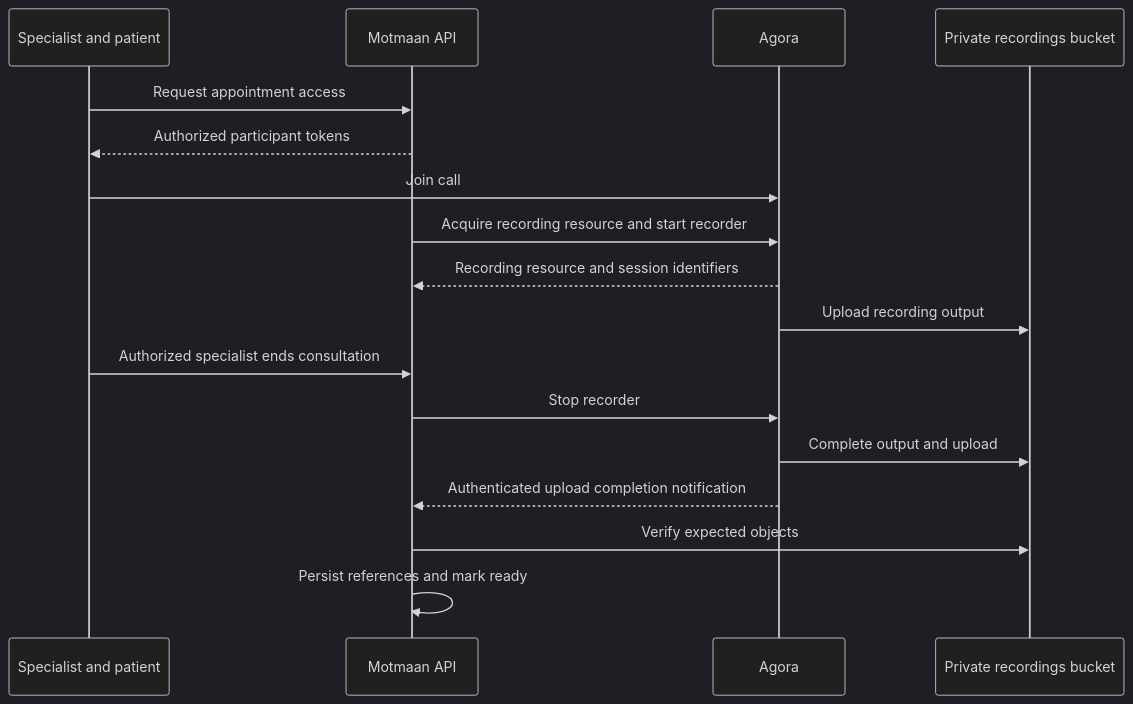
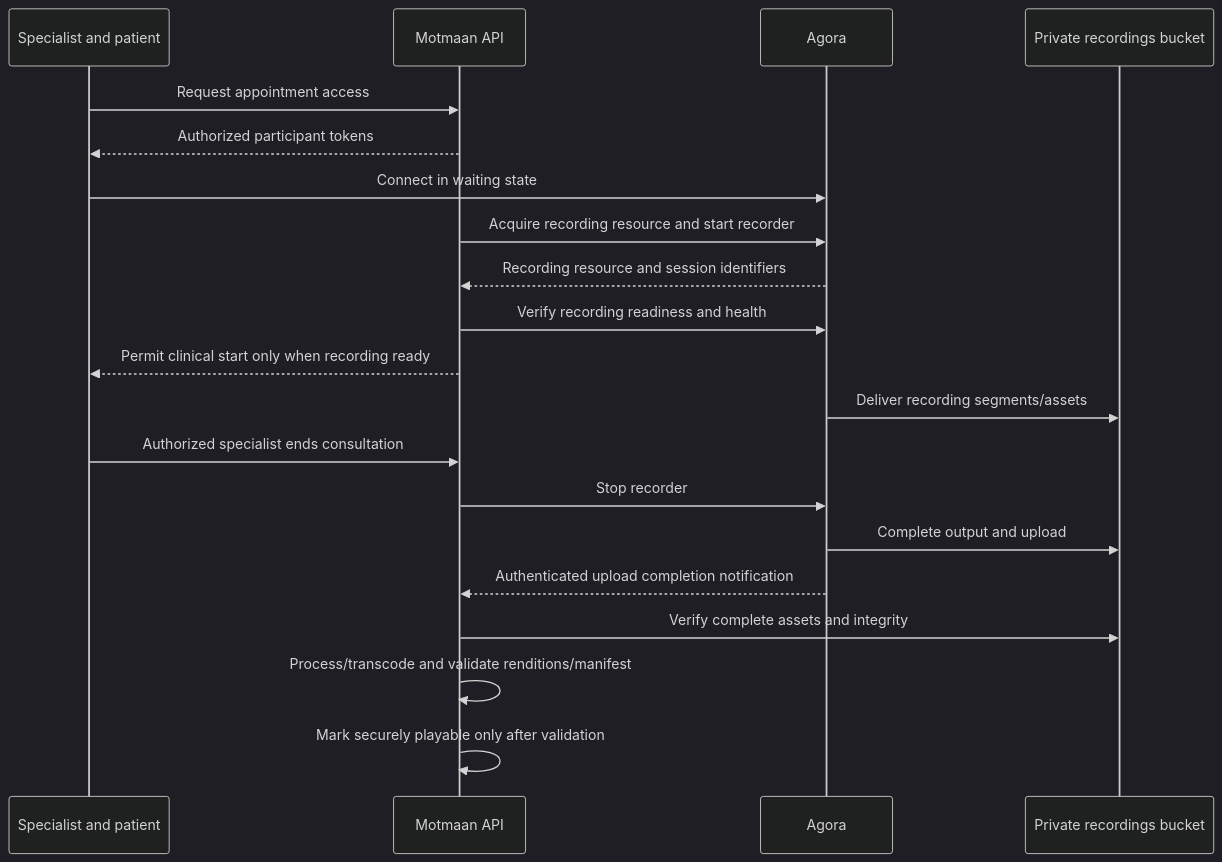
Before and after one commit to OmarAbdelrahmn/Motmaan: the diagram in docs/planning/04-online-sessions.md, drawn with Mermaid (dark theme). The commit also changed other lines of this file and 67 other files, not shown here.

````diff
--- a/docs/planning/04-online-sessions.md
+++ b/docs/planning/04-online-sessions.md
@@ -11,19 +11,22 @@
 ```mermaid
 sequenceDiagram
     participant People as Specialist and patient
     participant API as Motmaan API
     participant Agora as Agora
     participant Store as Private recordings bucket
     People->>API: Request appointment access
     API-->>People: Authorized participant tokens
-    People->>Agora: Join call
+    People->>Agora: Connect in waiting state
     API->>Agora: Acquire recording resource and start recorder
     Agora-->>API: Recording resource and session identifiers
-    Agora->>Store: Upload recording output
+    API->>Agora: Verify recording readiness and health
+    API-->>People: Permit clinical start only when recording ready
+    Agora->>Store: Deliver recording segments/assets
     People->>API: Authorized specialist ends consultation
     API->>Agora: Stop recorder
     Agora->>Store: Complete output and upload
     Agora-->>API: Authenticated upload completion notification
-    API->>Store: Verify expected objects
-    API->>API: Persist references and mark ready
+    API->>Store: Verify complete assets and integrity
+    API->>API: Process/transcode and validate renditions/manifest
+    API->>API: Mark securely playable only after validation
 ```
````
